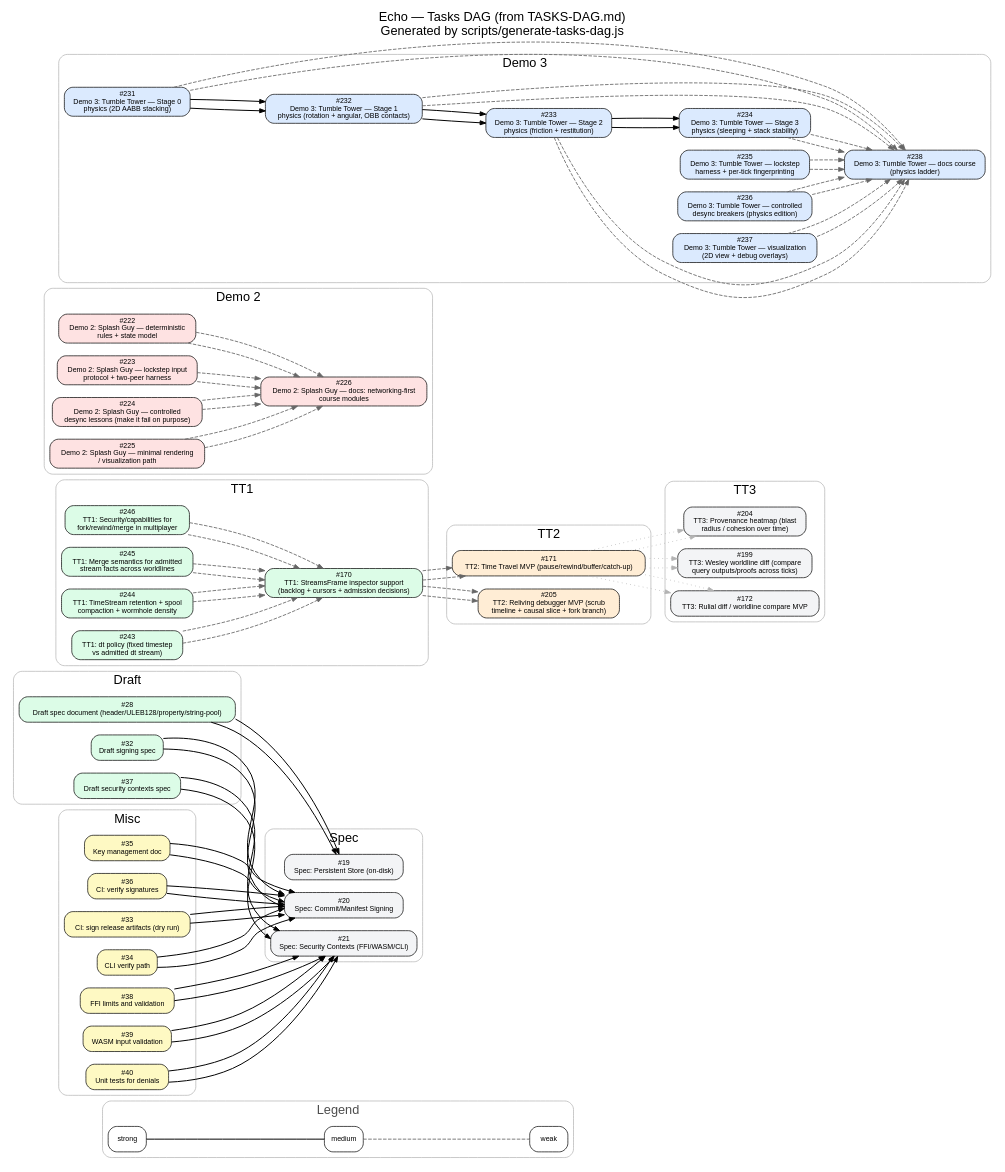
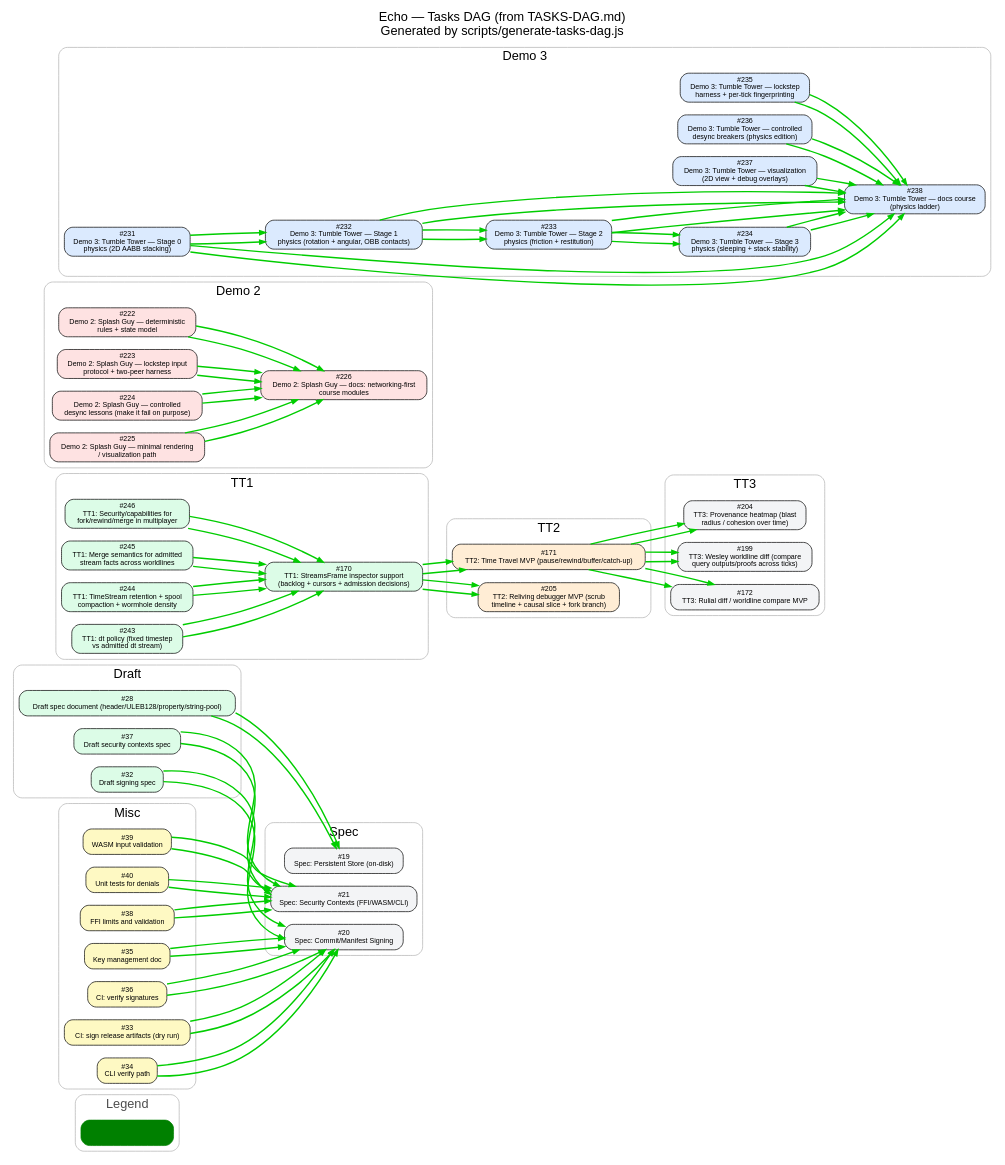
The diagram in docs/assets/dags-2/tasks-dag.dot (flyingrobots/echo), drawn with Graphviz before and after one commit. The commit also changed 7 other files, not shown here.

First line of the commit message:
feat: overlay reality on plan dependency graph

```diff
--- a/docs/assets/dags-2/tasks-dag.dot
+++ b/docs/assets/dags-2/tasks-dag.dot
@@ -10,11 +10,7 @@
     color="gray70";
     fontcolor="gray30";
     style="rounded";
-    L1 [label="strong", fillcolor="#ffffff"];
-    L2 [label="medium", fillcolor="#ffffff"];
-    L3 [label="weak", fillcolor="#ffffff"];
-    L1 -> L2 [arrowhead=none, color="black", penwidth=1.4, style="solid"];
-    L2 -> L3 [arrowhead=none, color="gray40", penwidth=1.2, style="dashed"];
+    LG [label="confirmed in issue body", color="green", fontcolor="green"];
   }
 
   subgraph cluster_Spec {
@@ -130,70 +126,70 @@
 Demo 3: Tumble Tower — visualization\n(2D view + debug overlays)", URL="https://github.com/flyingrobots/echo/issues/237", tooltip="Demo 3: Tumble Tower — visualization (2D view + debug overlays)"];
   }
 
-  i28 -> i19 [color="black", penwidth=1.4, style="solid", tooltip="Inferred: Epic completion depends on Draft Spec task"];
-  i32 -> i20 [color="black", penwidth=1.4, style="solid", tooltip="Inferred: Epic completion depends on Draft Spec task"];
-  i33 -> i20 [color="black", penwidth=1.4, style="solid", tooltip="Inferred: Epic completion depends on constituent task"];
-  i34 -> i20 [color="black", penwidth=1.4, style="solid", tooltip="Inferred: Epic completion depends on constituent task"];
-  i35 -> i20 [color="black", penwidth=1.4, style="solid", tooltip="Inferred: Epic completion depends on constituent task"];
-  i36 -> i20 [color="black", penwidth=1.4, style="solid", tooltip="Inferred: Epic completion depends on constituent task"];
-  i37 -> i21 [color="black", penwidth=1.4, style="solid", tooltip="Inferred: Epic completion depends on Draft Spec task"];
-  i38 -> i21 [color="black", penwidth=1.4, style="solid", tooltip="Inferred: Epic completion depends on constituent task"];
-  i39 -> i21 [color="black", penwidth=1.4, style="solid", tooltip="Inferred: Epic completion depends on constituent task"];
-  i40 -> i21 [color="black", penwidth=1.4, style="solid", tooltip="Inferred: Epic completion depends on constituent task"];
-  i28 -> i19 [color="black", penwidth=1.4, style="solid", tooltip="Inferred: Epic completion depends on Draft Spec task"];
-  i32 -> i20 [color="black", penwidth=1.4, style="solid", tooltip="Inferred: Epic completion depends on Draft Spec task"];
-  i33 -> i20 [color="black", penwidth=1.4, style="solid", tooltip="Inferred: Epic completion depends on constituent task"];
-  i34 -> i20 [color="black", penwidth=1.4, style="solid", tooltip="Inferred: Epic completion depends on constituent task"];
-  i35 -> i20 [color="black", penwidth=1.4, style="solid", tooltip="Inferred: Epic completion depends on constituent task"];
-  i36 -> i20 [color="black", penwidth=1.4, style="solid", tooltip="Inferred: Epic completion depends on constituent task"];
-  i37 -> i21 [color="black", penwidth=1.4, style="solid", tooltip="Inferred: Epic completion depends on Draft Spec task"];
-  i38 -> i21 [color="black", penwidth=1.4, style="solid", tooltip="Inferred: Epic completion depends on constituent task"];
-  i39 -> i21 [color="black", penwidth=1.4, style="solid", tooltip="Inferred: Epic completion depends on constituent task"];
-  i40 -> i21 [color="black", penwidth=1.4, style="solid", tooltip="Inferred: Epic completion depends on constituent task"];
-  i170 -> i171 [color="gray40", penwidth=1.2, style="dashed", tooltip="Inferred: TT2 task depends on TT1 Inspector scaffolding"];
-  i170 -> i205 [color="gray40", penwidth=1.2, style="dashed", tooltip="Inferred: TT2 task depends on TT1 Inspector scaffolding"];
-  i246 -> i170 [color="gray40", penwidth=1.2, style="dashed", tooltip="Inferred: TT1 Implementation blocks on TT1 Spec clarifications"];
-  i245 -> i170 [color="gray40", penwidth=1.2, style="dashed", tooltip="Inferred: TT1 Implementation blocks on TT1 Spec clarifications"];
-  i244 -> i170 [color="gray40", penwidth=1.2, style="dashed", tooltip="Inferred: TT1 Implementation blocks on TT1 Spec clarifications"];
-  i243 -> i170 [color="gray40", penwidth=1.2, style="dashed", tooltip="Inferred: TT1 Implementation blocks on TT1 Spec clarifications"];
-  i171 -> i172 [color="gray70", penwidth=1.2, style="dotted", tooltip="Inferred: TT3 task depends on TT2 MVP"];
-  i171 -> i204 [color="gray70", penwidth=1.2, style="dotted", tooltip="Inferred: TT3 task depends on TT2 MVP"];
-  i171 -> i199 [color="gray70", penwidth=1.2, style="dotted", tooltip="Inferred: TT3 task depends on TT2 MVP"];
-  i170 -> i171 [color="gray40", penwidth=1.2, style="dashed", tooltip="Inferred: TT2 task depends on TT1 Inspector scaffolding"];
-  i171 -> i172 [color="gray70", penwidth=1.2, style="dotted", tooltip="Inferred: TT3 task depends on TT2 MVP"];
-  i171 -> i199 [color="gray70", penwidth=1.2, style="dotted", tooltip="Inferred: TT3 task depends on TT2 MVP"];
-  i171 -> i204 [color="gray70", penwidth=1.2, style="dotted", tooltip="Inferred: TT3 task depends on TT2 MVP"];
-  i170 -> i205 [color="gray40", penwidth=1.2, style="dashed", tooltip="Inferred: TT2 task depends on TT1 Inspector scaffolding"];
-  i222 -> i226 [color="gray40", penwidth=1.2, style="dashed", tooltip="Inferred: Docs follow Implementation"];
-  i223 -> i226 [color="gray40", penwidth=1.2, style="dashed", tooltip="Inferred: Docs follow Implementation"];
-  i224 -> i226 [color="gray40", penwidth=1.2, style="dashed", tooltip="Inferred: Docs follow Implementation"];
-  i225 -> i226 [color="gray40", penwidth=1.2, style="dashed", tooltip="Inferred: Docs follow Implementation"];
-  i222 -> i226 [color="gray40", penwidth=1.2, style="dashed", tooltip="Inferred: Docs follow Implementation"];
-  i223 -> i226 [color="gray40", penwidth=1.2, style="dashed", tooltip="Inferred: Docs follow Implementation"];
-  i224 -> i226 [color="gray40", penwidth=1.2, style="dashed", tooltip="Inferred: Docs follow Implementation"];
-  i225 -> i226 [color="gray40", penwidth=1.2, style="dashed", tooltip="Inferred: Docs follow Implementation"];
-  i231 -> i238 [color="gray40", penwidth=1.2, style="dashed", tooltip="Inferred: Docs follow Implementation"];
-  i231 -> i232 [color="black", penwidth=1.4, style="solid", tooltip="Inferred: Stage 1 physics depends on Stage 0"];
-  i232 -> i238 [color="gray40", penwidth=1.2, style="dashed", tooltip="Inferred: Docs follow Implementation"];
-  i232 -> i233 [color="black", penwidth=1.4, style="solid", tooltip="Inferred: Stage 2 physics depends on Stage 1"];
-  i231 -> i232 [color="black", penwidth=1.4, style="solid", tooltip="Inferred: Stage 1 physics depends on Stage 0"];
-  i233 -> i238 [color="gray40", penwidth=1.2, style="dashed", tooltip="Inferred: Docs follow Implementation"];
-  i233 -> i234 [color="black", penwidth=1.4, style="solid", tooltip="Inferred: Stage 3 physics depends on Stage 2"];
-  i232 -> i233 [color="black", penwidth=1.4, style="solid", tooltip="Inferred: Stage 2 physics depends on Stage 1"];
-  i234 -> i238 [color="gray40", penwidth=1.2, style="dashed", tooltip="Inferred: Docs follow Implementation"];
-  i233 -> i234 [color="black", penwidth=1.4, style="solid", tooltip="Inferred: Stage 3 physics depends on Stage 2"];
-  i235 -> i238 [color="gray40", penwidth=1.2, style="dashed", tooltip="Inferred: Docs follow Implementation"];
-  i236 -> i238 [color="gray40", penwidth=1.2, style="dashed", tooltip="Inferred: Docs follow Implementation"];
-  i237 -> i238 [color="gray40", penwidth=1.2, style="dashed", tooltip="Inferred: Docs follow Implementation"];
-  i231 -> i238 [color="gray40", penwidth=1.2, style="dashed", tooltip="Inferred: Docs follow Implementation"];
-  i232 -> i238 [color="gray40", penwidth=1.2, style="dashed", tooltip="Inferred: Docs follow Implementation"];
-  i233 -> i238 [color="gray40", penwidth=1.2, style="dashed", tooltip="Inferred: Docs follow Implementation"];
-  i234 -> i238 [color="gray40", penwidth=1.2, style="dashed", tooltip="Inferred: Docs follow Implementation"];
-  i235 -> i238 [color="gray40", penwidth=1.2, style="dashed", tooltip="Inferred: Docs follow Implementation"];
-  i236 -> i238 [color="gray40", penwidth=1.2, style="dashed", tooltip="Inferred: Docs follow Implementation"];
-  i237 -> i238 [color="gray40", penwidth=1.2, style="dashed", tooltip="Inferred: Docs follow Implementation"];
-  i243 -> i170 [color="gray40", penwidth=1.2, style="dashed", tooltip="Inferred: TT1 Implementation blocks on TT1 Spec clarifications"];
-  i244 -> i170 [color="gray40", penwidth=1.2, style="dashed", tooltip="Inferred: TT1 Implementation blocks on TT1 Spec clarifications"];
-  i245 -> i170 [color="gray40", penwidth=1.2, style="dashed", tooltip="Inferred: TT1 Implementation blocks on TT1 Spec clarifications"];
-  i246 -> i170 [color="gray40", penwidth=1.2, style="dashed", tooltip="Inferred: TT1 Implementation blocks on TT1 Spec clarifications"];
+  i28 -> i19 [color="green3", penwidth=2.0, style="solid", tooltip="Inferred: Epic completion depends on Draft Spec task"];
+  i32 -> i20 [color="green3", penwidth=2.0, style="solid", tooltip="Inferred: Epic completion depends on Draft Spec task"];
+  i33 -> i20 [color="green3", penwidth=2.0, style="solid", tooltip="Inferred: Epic completion depends on constituent task"];
+  i34 -> i20 [color="green3", penwidth=2.0, style="solid", tooltip="Inferred: Epic completion depends on constituent task"];
+  i35 -> i20 [color="green3", penwidth=2.0, style="solid", tooltip="Inferred: Epic completion depends on constituent task"];
+  i36 -> i20 [color="green3", penwidth=2.0, style="solid", tooltip="Inferred: Epic completion depends on constituent task"];
+  i37 -> i21 [color="green3", penwidth=2.0, style="solid", tooltip="Inferred: Epic completion depends on Draft Spec task"];
+  i38 -> i21 [color="green3", penwidth=2.0, style="solid", tooltip="Inferred: Epic completion depends on constituent task"];
+  i39 -> i21 [color="green3", penwidth=2.0, style="solid", tooltip="Inferred: Epic completion depends on constituent task"];
+  i40 -> i21 [color="green3", penwidth=2.0, style="solid", tooltip="Inferred: Epic completion depends on constituent task"];
+  i28 -> i19 [color="green3", penwidth=2.0, style="solid", tooltip="Inferred: Epic completion depends on Draft Spec task"];
+  i32 -> i20 [color="green3", penwidth=2.0, style="solid", tooltip="Inferred: Epic completion depends on Draft Spec task"];
+  i33 -> i20 [color="green3", penwidth=2.0, style="solid", tooltip="Inferred: Epic completion depends on constituent task"];
+  i34 -> i20 [color="green3", penwidth=2.0, style="solid", tooltip="Inferred: Epic completion depends on constituent task"];
+  i35 -> i20 [color="green3", penwidth=2.0, style="solid", tooltip="Inferred: Epic completion depends on constituent task"];
+  i36 -> i20 [color="green3", penwidth=2.0, style="solid", tooltip="Inferred: Epic completion depends on constituent task"];
+  i37 -> i21 [color="green3", penwidth=2.0, style="solid", tooltip="Inferred: Epic completion depends on Draft Spec task"];
+  i38 -> i21 [color="green3", penwidth=2.0, style="solid", tooltip="Inferred: Epic completion depends on constituent task"];
+  i39 -> i21 [color="green3", penwidth=2.0, style="solid", tooltip="Inferred: Epic completion depends on constituent task"];
+  i40 -> i21 [color="green3", penwidth=2.0, style="solid", tooltip="Inferred: Epic completion depends on constituent task"];
+  i170 -> i171 [color="green3", penwidth=2.0, style="solid", tooltip="Inferred: TT2 task depends on TT1 Inspector scaffolding"];
+  i170 -> i205 [color="green3", penwidth=2.0, style="solid", tooltip="Inferred: TT2 task depends on TT1 Inspector scaffolding"];
+  i246 -> i170 [color="green3", penwidth=2.0, style="solid", tooltip="Inferred: TT1 Implementation blocks on TT1 Spec clarifications"];
+  i245 -> i170 [color="green3", penwidth=2.0, style="solid", tooltip="Inferred: TT1 Implementation blocks on TT1 Spec clarifications"];
+  i244 -> i170 [color="green3", penwidth=2.0, style="solid", tooltip="Inferred: TT1 Implementation blocks on TT1 Spec clarifications"];
+  i243 -> i170 [color="green3", penwidth=2.0, style="solid", tooltip="Inferred: TT1 Implementation blocks on TT1 Spec clarifications"];
+  i171 -> i172 [color="green3", penwidth=2.0, style="solid", tooltip="Inferred: TT3 task depends on TT2 MVP"];
+  i171 -> i204 [color="green3", penwidth=2.0, style="solid", tooltip="Inferred: TT3 task depends on TT2 MVP"];
+  i171 -> i199 [color="green3", penwidth=2.0, style="solid", tooltip="Inferred: TT3 task depends on TT2 MVP"];
+  i170 -> i171 [color="green3", penwidth=2.0, style="solid", tooltip="Inferred: TT2 task depends on TT1 Inspector scaffolding"];
+  i171 -> i172 [color="green3", penwidth=2.0, style="solid", tooltip="Inferred: TT3 task depends on TT2 MVP"];
+  i171 -> i199 [color="green3", penwidth=2.0, style="solid", tooltip="Inferred: TT3 task depends on TT2 MVP"];
+  i171 -> i204 [color="green3", penwidth=2.0, style="solid", tooltip="Inferred: TT3 task depends on TT2 MVP"];
+  i170 -> i205 [color="green3", penwidth=2.0, style="solid", tooltip="Inferred: TT2 task depends on TT1 Inspector scaffolding"];
+  i222 -> i226 [color="green3", penwidth=2.0, style="solid", tooltip="Inferred: Docs follow Implementation"];
+  i223 -> i226 [color="green3", penwidth=2.0, style="solid", tooltip="Inferred: Docs follow Implementation"];
+  i224 -> i226 [color="green3", penwidth=2.0, style="solid", tooltip="Inferred: Docs follow Implementation"];
+  i225 -> i226 [color="green3", penwidth=2.0, style="solid", tooltip="Inferred: Docs follow Implementation"];
+  i222 -> i226 [color="green3", penwidth=2.0, style="solid", tooltip="Inferred: Docs follow Implementation"];
+  i223 -> i226 [color="green3", penwidth=2.0, style="solid", tooltip="Inferred: Docs follow Implementation"];
+  i224 -> i226 [color="green3", penwidth=2.0, style="solid", tooltip="Inferred: Docs follow Implementation"];
+  i225 -> i226 [color="green3", penwidth=2.0, style="solid", tooltip="Inferred: Docs follow Implementation"];
+  i231 -> i238 [color="green3", penwidth=2.0, style="solid", tooltip="Inferred: Docs follow Implementation"];
+  i231 -> i232 [color="green3", penwidth=2.0, style="solid", tooltip="Inferred: Stage 1 physics depends on Stage 0"];
+  i232 -> i238 [color="green3", penwidth=2.0, style="solid", tooltip="Inferred: Docs follow Implementation"];
+  i232 -> i233 [color="green3", penwidth=2.0, style="solid", tooltip="Inferred: Stage 2 physics depends on Stage 1"];
+  i231 -> i232 [color="green3", penwidth=2.0, style="solid", tooltip="Inferred: Stage 1 physics depends on Stage 0"];
+  i233 -> i238 [color="green3", penwidth=2.0, style="solid", tooltip="Inferred: Docs follow Implementation"];
+  i233 -> i234 [color="green3", penwidth=2.0, style="solid", tooltip="Inferred: Stage 3 physics depends on Stage 2"];
+  i232 -> i233 [color="green3", penwidth=2.0, style="solid", tooltip="Inferred: Stage 2 physics depends on Stage 1"];
+  i234 -> i238 [color="green3", penwidth=2.0, style="solid", tooltip="Inferred: Docs follow Implementation"];
+  i233 -> i234 [color="green3", penwidth=2.0, style="solid", tooltip="Inferred: Stage 3 physics depends on Stage 2"];
+  i235 -> i238 [color="green3", penwidth=2.0, style="solid", tooltip="Inferred: Docs follow Implementation"];
+  i236 -> i238 [color="green3", penwidth=2.0, style="solid", tooltip="Inferred: Docs follow Implementation"];
+  i237 -> i238 [color="green3", penwidth=2.0, style="solid", tooltip="Inferred: Docs follow Implementation"];
+  i231 -> i238 [color="green3", penwidth=2.0, style="solid", tooltip="Inferred: Docs follow Implementation"];
+  i232 -> i238 [color="green3", penwidth=2.0, style="solid", tooltip="Inferred: Docs follow Implementation"];
+  i233 -> i238 [color="green3", penwidth=2.0, style="solid", tooltip="Inferred: Docs follow Implementation"];
+  i234 -> i238 [color="green3", penwidth=2.0, style="solid", tooltip="Inferred: Docs follow Implementation"];
+  i235 -> i238 [color="green3", penwidth=2.0, style="solid", tooltip="Inferred: Docs follow Implementation"];
+  i236 -> i238 [color="green3", penwidth=2.0, style="solid", tooltip="Inferred: Docs follow Implementation"];
+  i237 -> i238 [color="green3", penwidth=2.0, style="solid", tooltip="Inferred: Docs follow Implementation"];
+  i243 -> i170 [color="green3", penwidth=2.0, style="solid", tooltip="Inferred: TT1 Implementation blocks on TT1 Spec clarifications"];
+  i244 -> i170 [color="green3", penwidth=2.0, style="solid", tooltip="Inferred: TT1 Implementation blocks on TT1 Spec clarifications"];
+  i245 -> i170 [color="green3", penwidth=2.0, style="solid", tooltip="Inferred: TT1 Implementation blocks on TT1 Spec clarifications"];
+  i246 -> i170 [color="green3", penwidth=2.0, style="solid", tooltip="Inferred: TT1 Implementation blocks on TT1 Spec clarifications"];
 }
```
